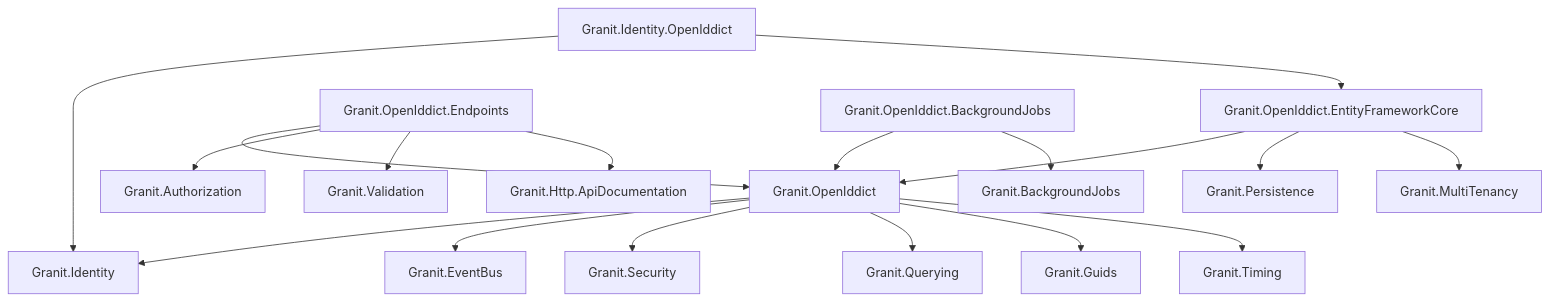
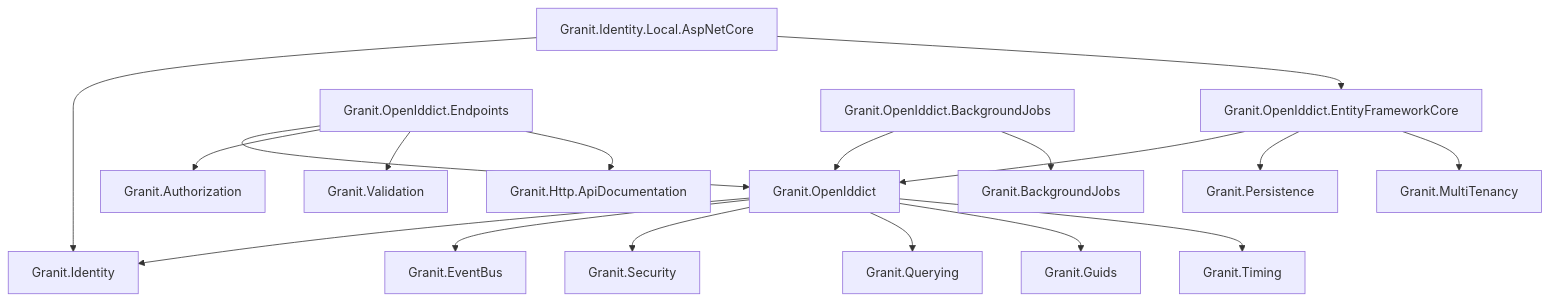
Before and after one commit to granit-fx/granit-dotnet: the diagram in docs-site/src/content/docs/dotnet/security/openiddict/index.mdx, drawn with Mermaid. The commit also changed other lines of this file and 327 other files, not shown here.

First line of the commit message:
refactor(identity): rename packages to Local/Federated architecture (#571)

````diff
--- a/docs-site/src/content/docs/dotnet/security/openiddict/index.mdx
+++ b/docs-site/src/content/docs/dotnet/security/openiddict/index.mdx
@@ -55,24 +55,24 @@
 ```mermaid
 graph TD
     OID[Granit.OpenIddict] --> IDEN[Granit.Identity]
     OID --> EVT[Granit.EventBus]
     OID --> SEC[Granit.Security]
     OID --> QRY[Granit.Querying]
     OID --> GID[Granit.Guids]
     OID --> TIM[Granit.Timing]
 
     EFC[Granit.OpenIddict.EntityFrameworkCore] --> OID
     EFC --> PER[Granit.Persistence]
     EFC --> MT[Granit.MultiTenancy]
 
-    IOID[Granit.Identity.OpenIddict] --> IDEN
+    IOID[Granit.Identity.Local.AspNetCore] --> IDEN
     IOID --> EFC
 
     EP[Granit.OpenIddict.Endpoints] --> OID
     EP --> AZ[Granit.Authorization]
     EP --> VAL[Granit.Validation]
     EP --> DOC[Granit.Http.ApiDocumentation]
 
     BG[Granit.OpenIddict.BackgroundJobs] --> OID
     BG --> BJ[Granit.BackgroundJobs]
 ```
````
